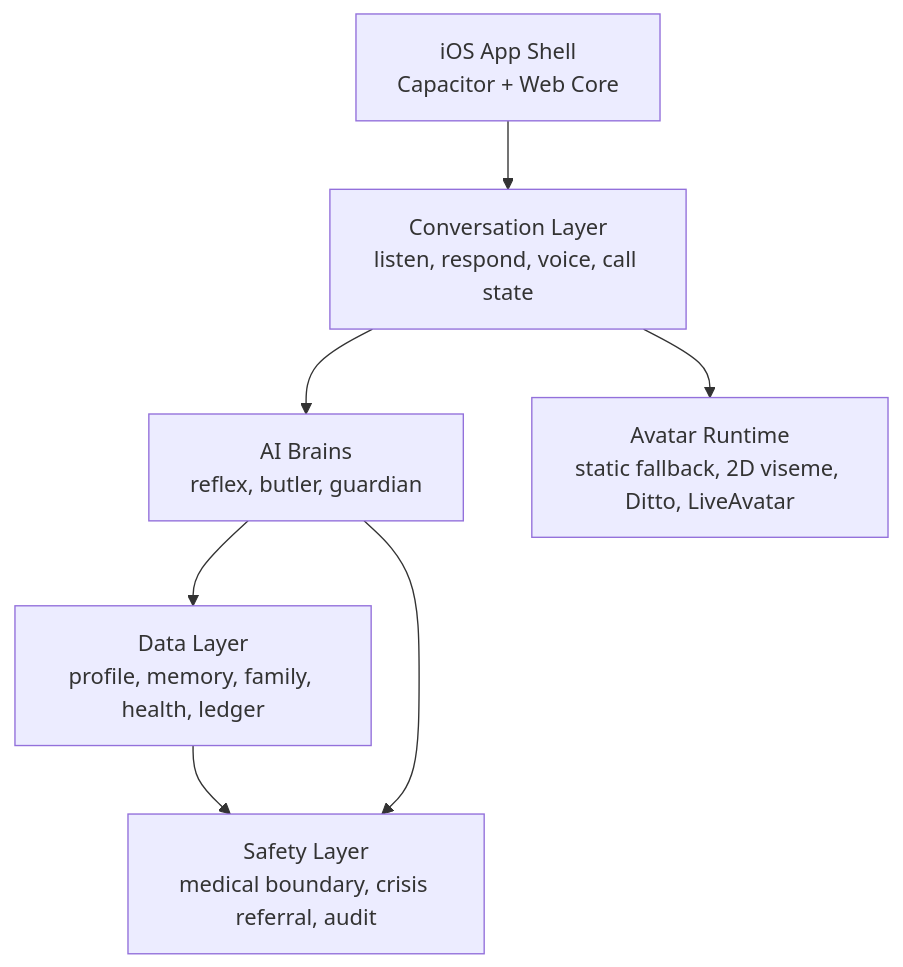
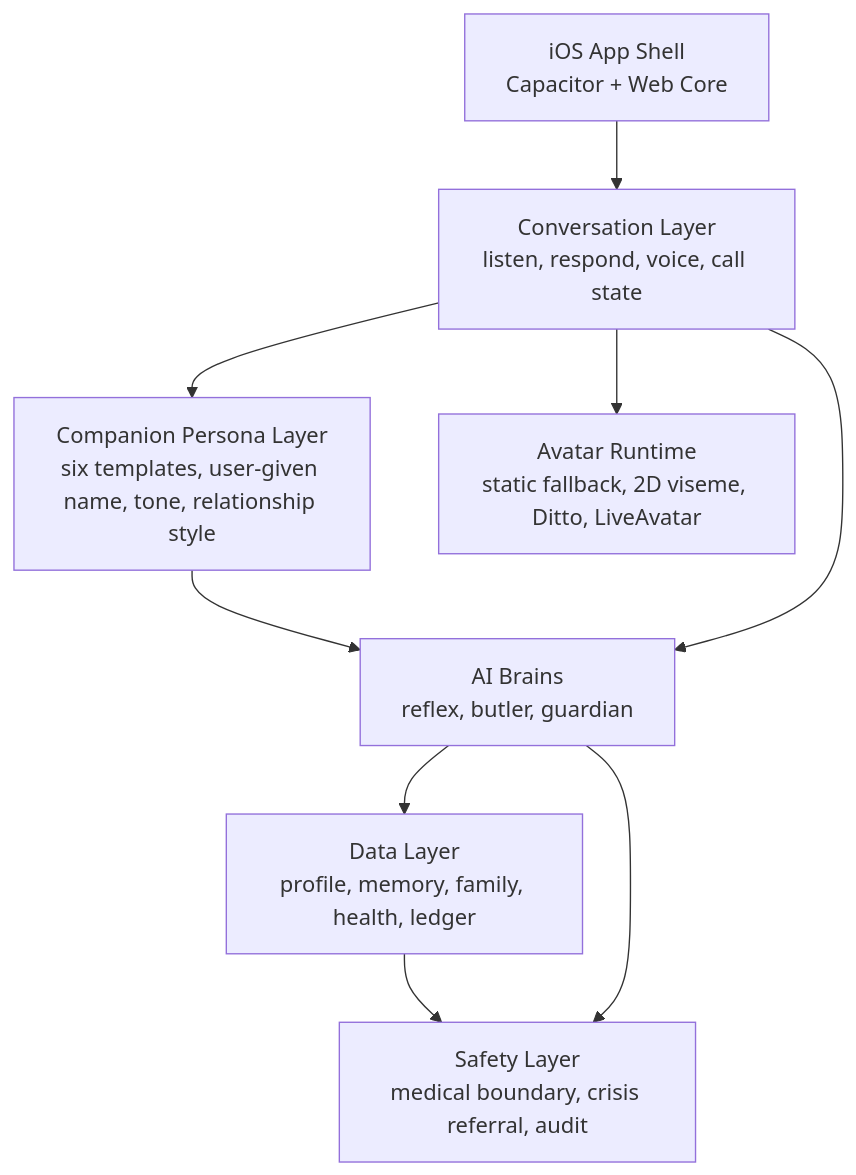
Before and after one commit to EdwardTseng33/Munea: the diagram in docs/ARCHITECTURE.md, drawn with Mermaid. The commit also changed other lines of this file and 12 other files, not shown here.

Commit message:
Add companion persona layer architecture

````diff
--- a/docs/ARCHITECTURE.md
+++ b/docs/ARCHITECTURE.md
@@ -32,16 +32,19 @@
 ```mermaid
 flowchart TD
   App["iOS App Shell<br/>Capacitor + Web Core"]
   Conversation["Conversation Layer<br/>listen, respond, voice, call state"]
+  Persona["Companion Persona Layer<br/>six templates, user-given name, tone, relationship style"]
   Brains["AI Brains<br/>reflex, butler, guardian"]
   Data["Data Layer<br/>profile, memory, family, health, ledger"]
   Avatar["Avatar Runtime<br/>static fallback, 2D viseme, Ditto, LiveAvatar"]
   Safety["Safety Layer<br/>medical boundary, crisis referral, audit"]
 
   App --> Conversation
+  Conversation --> Persona
+  Persona --> Brains
   Conversation --> Brains
   Conversation --> Avatar
   Brains --> Data
   Data --> Safety
   Brains --> Safety
 ```
````
